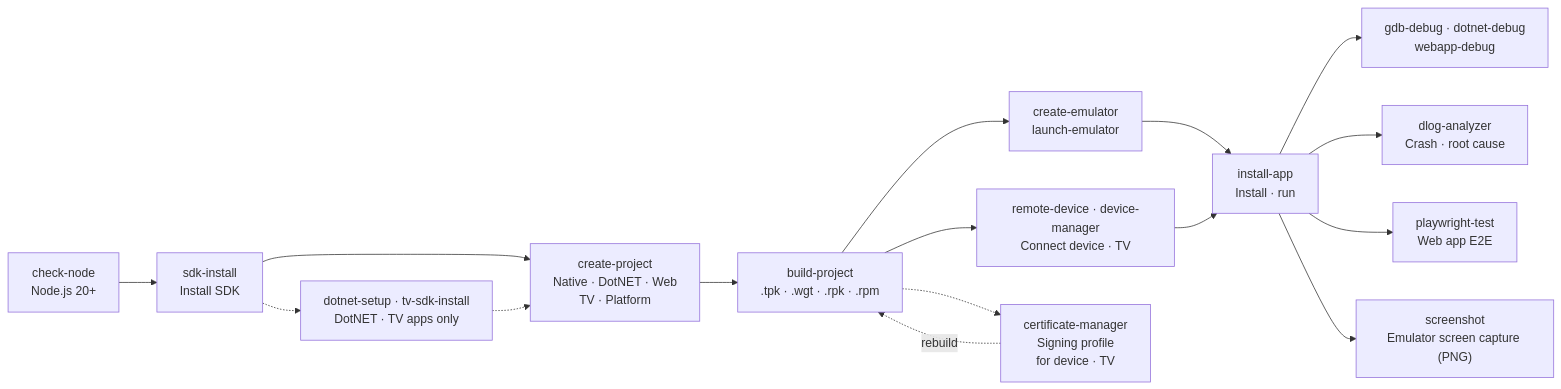
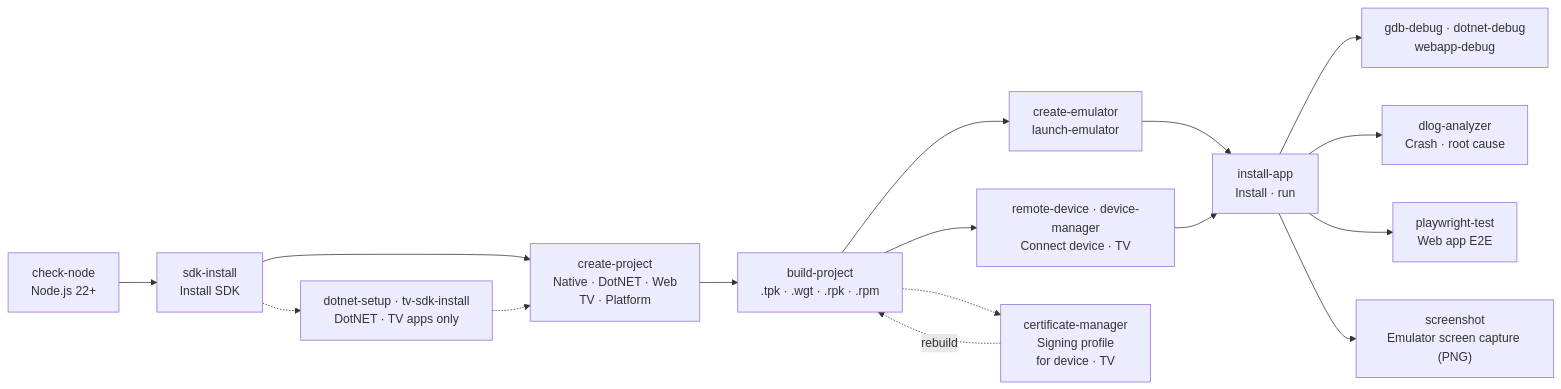
Before and after one commit to Samsung/tizen-agent-skills: the second of 2 diagrams in tizen-sdk-skills/quick-guide.md, drawn with Mermaid. The commit also changed other lines of this file and 46 other files, not shown here.

First line of the commit message:
chore(tizen-sdk-skills): require Node.js 22

````diff
--- a/tizen-sdk-skills/quick-guide.md
+++ b/tizen-sdk-skills/quick-guide.md
@@ -66,18 +66,18 @@
 ```mermaid
 flowchart LR
-    A["check-node<br/>Node.js 20+"] --> B["sdk-install<br/>Install SDK"]
+    A["check-node<br/>Node.js 22+"] --> B["sdk-install<br/>Install SDK"]
     B --> D["create-project<br/>Native · DotNET · Web<br/>TV · Platform"]
     B -.-> P["dotnet-setup · tv-sdk-install<br/>DotNET · TV apps only"]
     P -.-> D
     D --> E["build-project<br/>.tpk · .wgt · .rpk · .rpm"]
     E --> F["create-emulator<br/>launch-emulator"]
     E --> R["remote-device · device-manager<br/>Connect device · TV"]
     E -.-> K["certificate-manager<br/>Signing profile<br/>for device · TV"]
     F --> G["install-app<br/>Install · run"]
     R --> G
     K -.->|rebuild| E
     G --> H["gdb-debug · dotnet-debug<br/>webapp-debug"]
     G --> I["dlog-analyzer<br/>Crash · root cause"]
     G --> J["playwright-test<br/>Web app E2E"]
     G --> S["screenshot<br/>Emulator screen capture (PNG)"]
 ```
````
